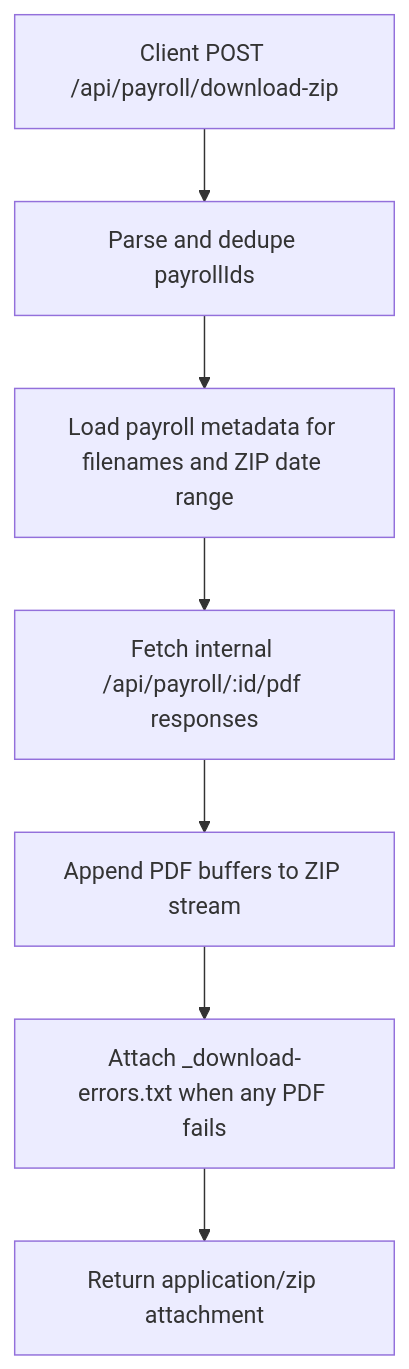
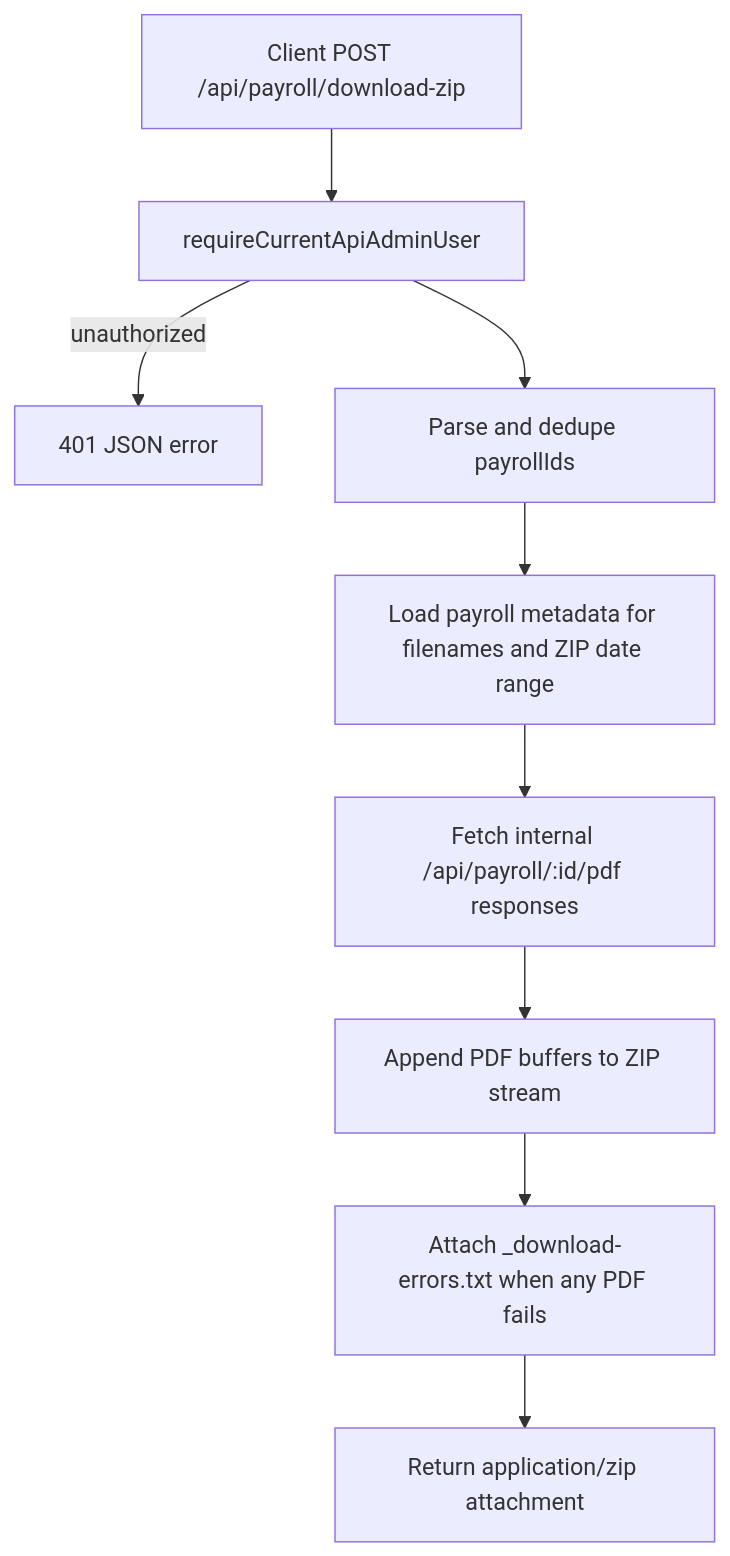
Before and after one commit to daniellim922/One-Laundry-Project-Alpha-v1: the fifth of 5 diagrams in .codex/docs/api-workflows.md, drawn with Mermaid. The commit also changed other lines of this file and 3 other files, not shown here.

````diff
--- a/.codex/docs/api-workflows.md
+++ b/.codex/docs/api-workflows.md
@@ -81,9 +90,11 @@
 ```mermaid
 flowchart TD
-    A[Client POST /api/payroll/download-zip] --> C[Parse and dedupe payrollIds]
+    A[Client POST /api/payroll/download-zip] --> B[requireCurrentApiAdminUser]
+    B -->|unauthorized| X[401 JSON error]
+    B --> C[Parse and dedupe payrollIds]
     C --> D[Load payroll metadata for filenames and ZIP date range]
     D --> E[Fetch internal /api/payroll/:id/pdf responses]
     E --> F[Append PDF buffers to ZIP stream]
     F --> G[Attach _download-errors.txt when any PDF fails]
     G --> H[Return application/zip attachment]
 ```
````
